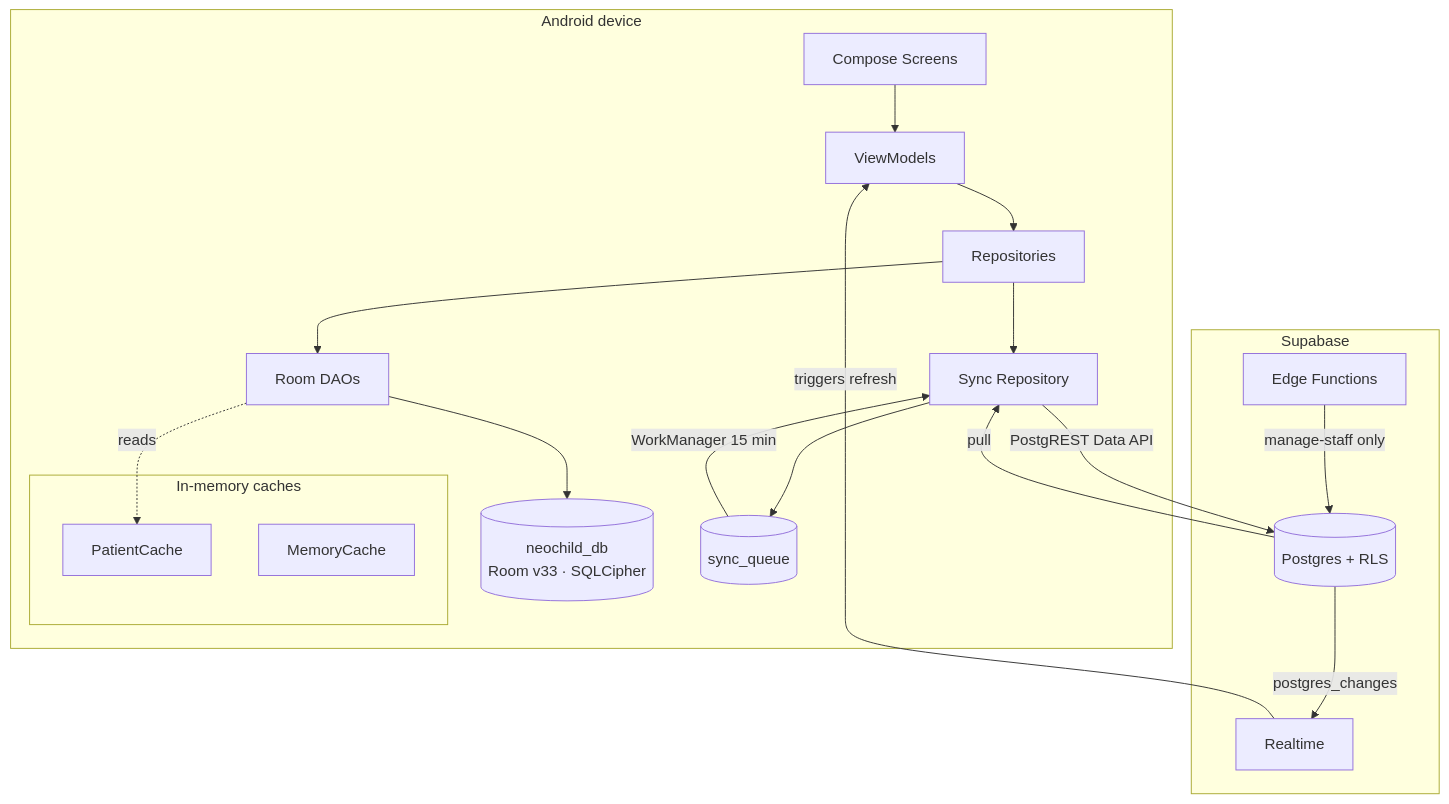
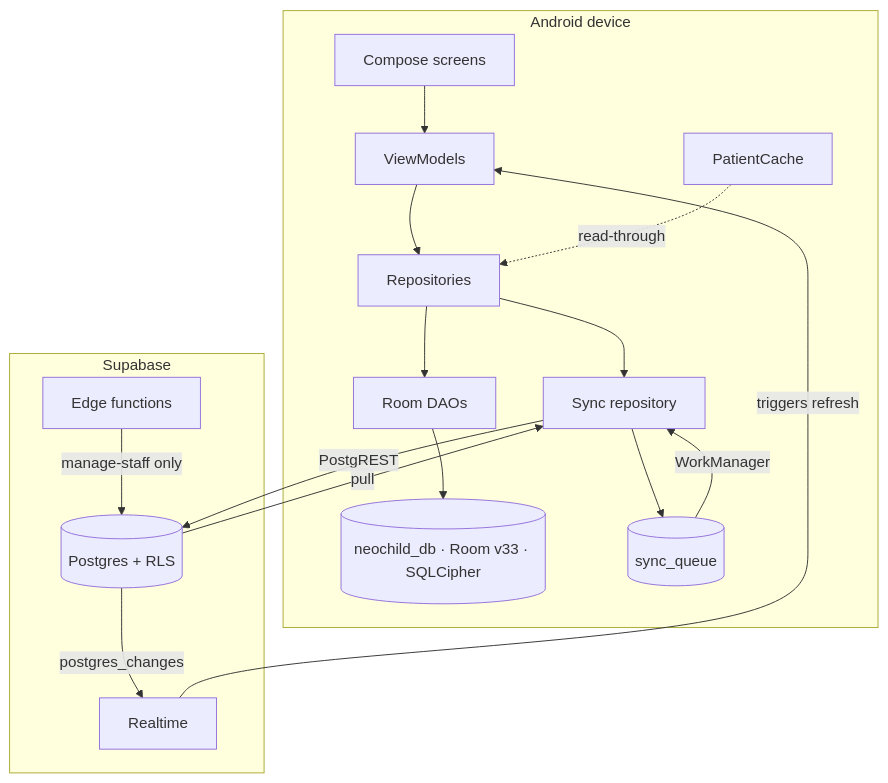
The diagram in docs/Knowledge_Base/Home.md (CyferBoy/Neo_Child_Clinic), drawn with Mermaid before and after one commit. The commit also changed other lines of this file and 17 other files, not shown here.

````diff
--- a/docs/Knowledge_Base/Home.md
+++ b/docs/Knowledge_Base/Home.md
@@ -81,29 +79,25 @@
 ```mermaid
 graph TB
     subgraph Device["Android device"]
-        UI[Compose Screens] --> VM[ViewModels]
+        UI[Compose screens] --> VM[ViewModels]
         VM --> REPO[Repositories]
         REPO --> DAO[Room DAOs]
-        REPO --> SYNC[Sync Repository]
-        DAO --> DB[(neochild_db<br/>Room v33 · SQLCipher)]
-        SYNC --> Q[(sync_queue)]
-        subgraph Cache[In-memory caches]
-            PC[PatientCache]
-            MC[MemoryCache]
-        end
-        DAO -.reads.-> PC
+        REPO --> SYNC[Sync repository]
+        DAO --> DB[("neochild_db · Room v33 · SQLCipher")]
+        SYNC --> Q[("sync_queue")]
+        PC[PatientCache] -.read-through.-> REPO
     end
 
     subgraph Cloud["Supabase"]
-        PG[(Postgres + RLS)]
-        FN[Edge Functions]
+        PG[("Postgres + RLS")]
+        FN[Edge functions]
         RT[Realtime]
     end
 
-    Q -->|WorkManager 15 min| SYNC
-    SYNC -->|PostgREST Data API| PG
+    Q -->|WorkManager| SYNC
+    SYNC -->|PostgREST| PG
     PG -->|pull| SYNC
     PG -->|postgres_changes| RT
     RT -->|triggers refresh| VM
     FN -->|manage-staff only| PG
 ```
````
